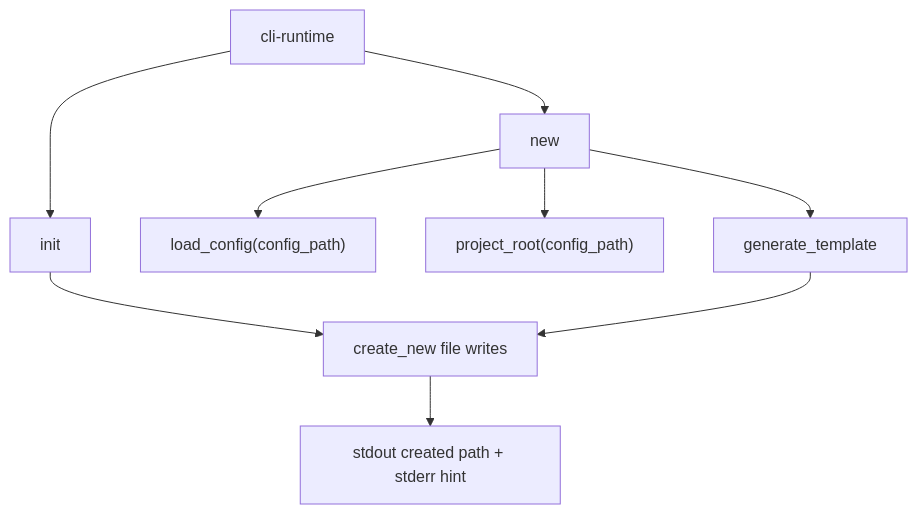
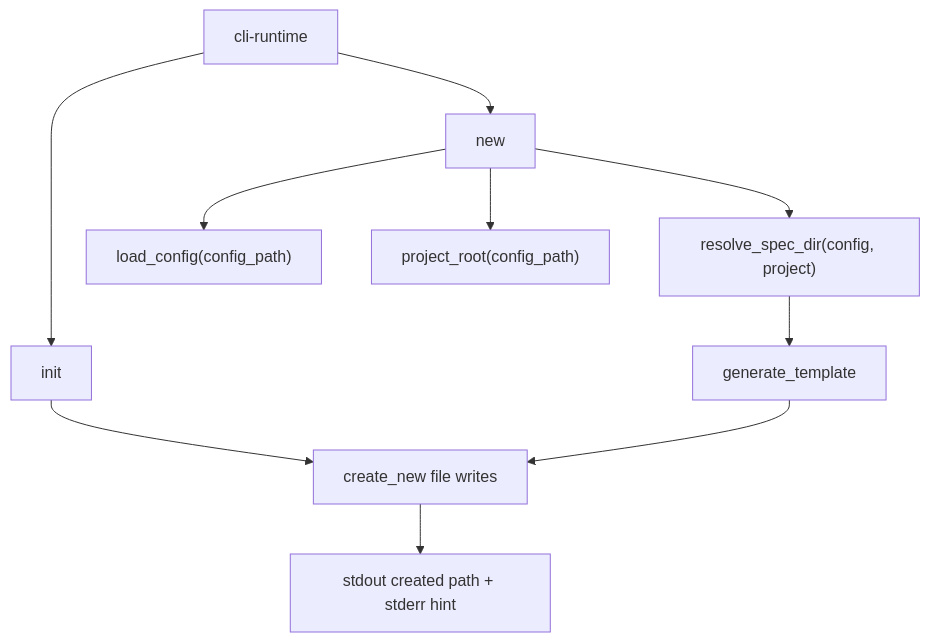
One commit to jonisavo/supersigil changed the diagram in crates/supersigil-cli/specs/authoring-commands/authoring-commands.design.mdx. Above: the diagram before and after it, drawn with Mermaid. The commit also changed other lines of this file and 8 other files, not shown here.

````diff
--- a/crates/supersigil-cli/specs/authoring-commands/authoring-commands.design.mdx
+++ b/crates/supersigil-cli/specs/authoring-commands/authoring-commands.design.mdx
@@ -27,20 +26,22 @@
 ```mermaid
 graph TD
     RUNTIME["cli-runtime"]
     INIT["init"]
     NEW["new"]
     LOADCFG["load_config(config_path)"]
     PROOT["project_root(config_path)"]
+    RESOLVE["resolve_spec_dir(config, project)"]
     TEMPLATE["generate_template"]
     FILES["create_new file writes"]
     OUT["stdout created path + stderr hint"]
 
     RUNTIME --> INIT
     RUNTIME --> NEW
     NEW --> LOADCFG
     NEW --> PROOT
-    NEW --> TEMPLATE
+    NEW --> RESOLVE
+    RESOLVE --> TEMPLATE
     INIT --> FILES
     TEMPLATE --> FILES
     FILES --> OUT
 ```
````
